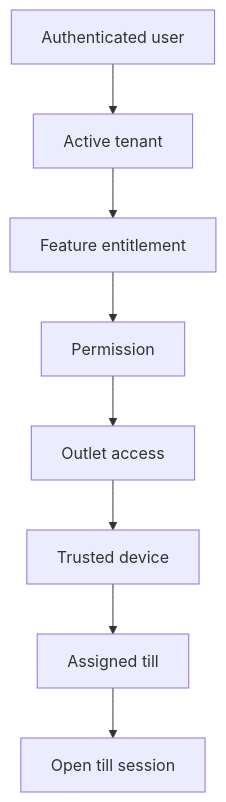
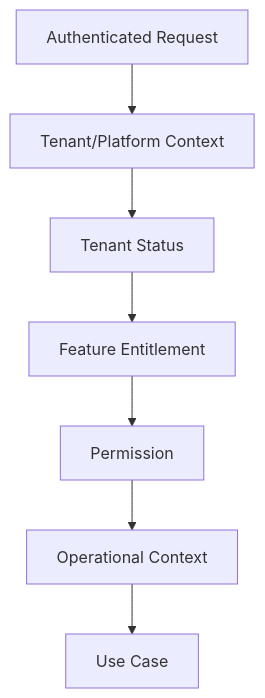
Before and after one commit to unicomproject/Pos-system-Knowledge: the diagram in 05_BACKEND_ARCHITECTURE/Authorization_And_Permissions.md, drawn with Mermaid. The commit also changed other lines of this file and 430 other files, not shown here.

````diff
--- a/05_BACKEND_ARCHITECTURE/Authorization_And_Permissions.md
+++ b/05_BACKEND_ARCHITECTURE/Authorization_And_Permissions.md
@@ -43,10 +19,9 @@
 ```mermaid
 flowchart TD
-    A[Authenticated user] --> B[Active tenant]
-    B --> C[Feature entitlement]
-    C --> D[Permission]
-    D --> E[Outlet access]
-    E --> F[Trusted device]
-    F --> G[Assigned till]
-    G --> H[Open till session]
+    A[Authenticated Request] --> B[Tenant/Platform Context]
+    B --> C[Tenant Status]
+    C --> D[Feature Entitlement]
+    D --> E[Permission]
+    E --> F[Operational Context]
+    F --> G[Use Case]
 ```
````
